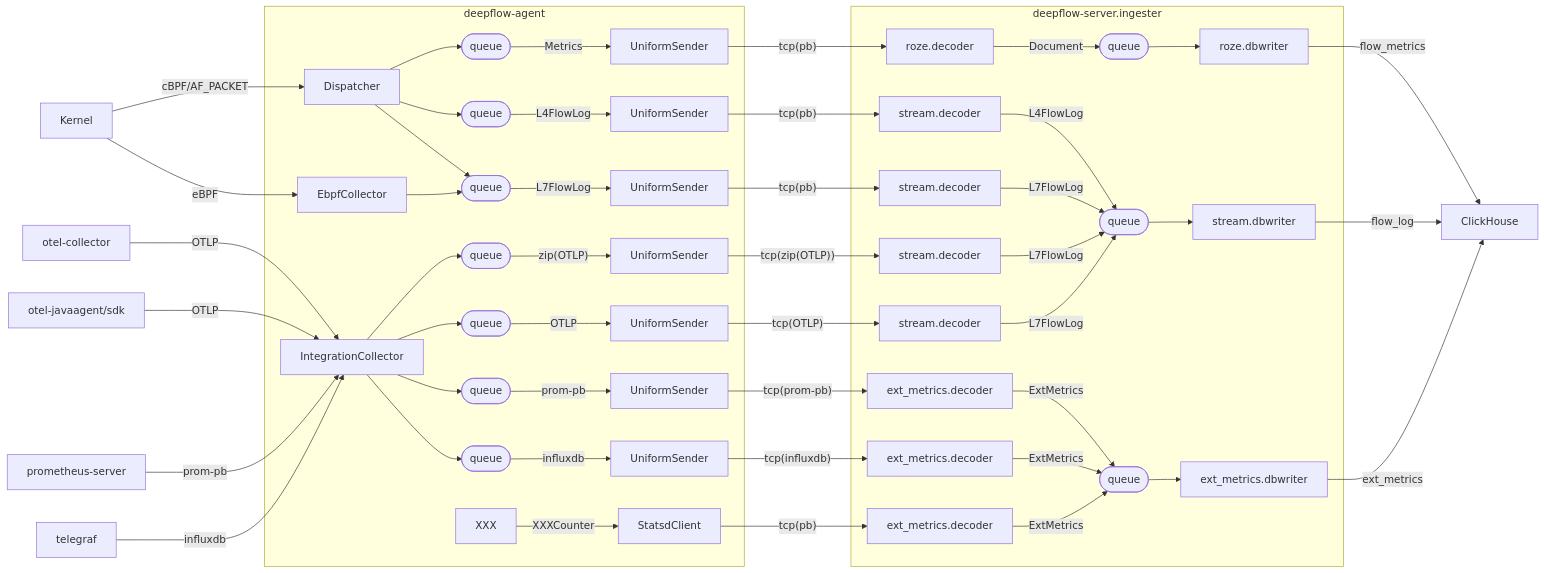
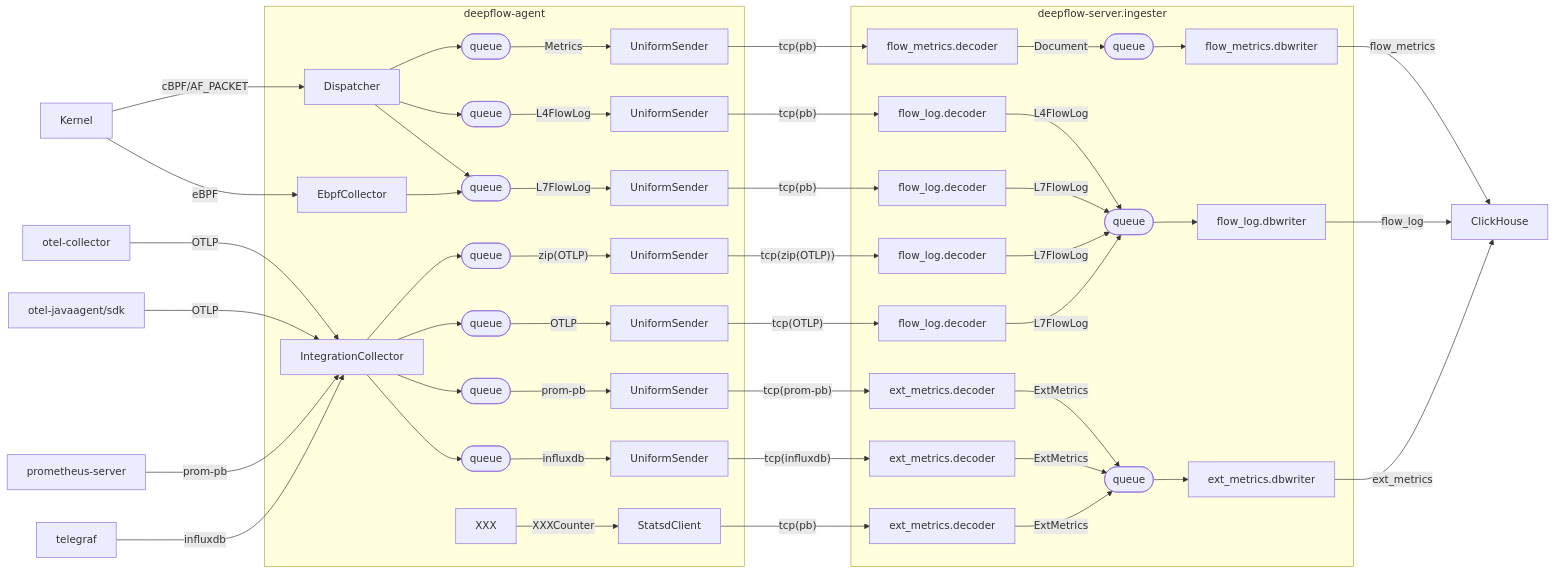
One commit to deepflowio/deepflow changed the first of 6 diagrams in docs/design/data-flow.md. Above: the diagram before and after it, drawn with Mermaid. The commit also changed other lines of this file and 50 other files, not shown here.

Commit message:
[server] roze/stream rename to flow metrics/flow log

````diff
--- a/docs/design/data-flow.md
+++ b/docs/design/data-flow.md
@@ -5,66 +5,66 @@
 ```mermaid
 flowchart LR
 
 subgraph deepflow-agent
   Dispatcher
   EbpfCollector
   IntegrationCollector
   XXX
   StatsdClient
   agent.queue.1(["queue"])
   agent.queue.2(["queue"])
   agent.queue.3(["queue"])
   agent.queue.4(["queue"])
   agent.queue.5(["queue"])
   agent.queue.6(["queue"])
   agent.queue.7(["queue"])
   UniformSender.1["UniformSender"]
   UniformSender.2["UniformSender"]
   UniformSender.3["UniformSender"]
   UniformSender.4["UniformSender"]
   UniformSender.5["UniformSender"]
   UniformSender.6["UniformSender"]
   UniformSender.7["UniformSender"]
 end
 
 subgraph deepflow-server.ingester
-  roze.decoder
-  stream.decoder.1["stream.decoder"]
-  stream.decoder.2["stream.decoder"]
-  stream.decoder.3["stream.decoder"]
-  stream.decoder.4["stream.decoder"]
+  flow_metrics.decoder
+  flow_log.decoder.1["flow_log.decoder"]
+  flow_log.decoder.2["flow_log.decoder"]
+  flow_log.decoder.3["flow_log.decoder"]
+  flow_log.decoder.4["flow_log.decoder"]
   ext_metrics.decoder.1["ext_metrics.decoder"]
   ext_metrics.decoder.2["ext_metrics.decoder"]
   ext_metrics.decoder.3["ext_metrics.decoder"]
   ingester.queue.1(["queue"])
   ingester.queue.2(["queue"])
   ingester.queue.3(["queue"])
-  roze.dbwriter
-  stream.dbwriter
+  flow_metrics.dbwriter
+  flow_log.dbwriter
   ext_metrics.dbwriter
 end
 
 Kernel -->|cBPF/AF_PACKET| Dispatcher
-Dispatcher --> agent.queue.1 -->|Metrics| UniformSender.1 -->|"tcp(pb)"| roze.decoder -->|Document| ingester.queue.1 --> roze.dbwriter
-Dispatcher --> agent.queue.2 -->|L4FlowLog| UniformSender.2 -->|"tcp(pb)"| stream.decoder.1 -->|L4FlowLog| ingester.queue.2 --> stream.dbwriter
-Dispatcher --> agent.queue.3 -->|L7FlowLog| UniformSender.3 -->|"tcp(pb)"| stream.decoder.2 -->|L7FlowLog| ingester.queue.2
+Dispatcher --> agent.queue.1 -->|Metrics| UniformSender.1 -->|"tcp(pb)"| flow_metrics.decoder -->|Document| ingester.queue.1 --> flow_metrics.dbwriter
+Dispatcher --> agent.queue.2 -->|L4FlowLog| UniformSender.2 -->|"tcp(pb)"| flow_log.decoder.1 -->|L4FlowLog| ingester.queue.2 --> flow_log.dbwriter
+Dispatcher --> agent.queue.3 -->|L7FlowLog| UniformSender.3 -->|"tcp(pb)"| flow_log.decoder.2 -->|L7FlowLog| ingester.queue.2
 
 Kernel -->|eBPF| EbpfCollector
 EbpfCollector --> agent.queue.3
 
 otel-collector -->|OTLP| IntegrationCollector
 otel-javaagent/sdk -->|OTLP| IntegrationCollector
-IntegrationCollector --> agent.queue.4 -->|"zip(OTLP)"| UniformSender.4 -->|"tcp(zip(OTLP))"| stream.decoder.3 -->|L7FlowLog| ingester.queue.2
-IntegrationCollector --> agent.queue.5 -->|OTLP| UniformSender.5 -->|"tcp(OTLP)"| stream.decoder.4 -->|L7FlowLog| ingester.queue.2
+IntegrationCollector --> agent.queue.4 -->|"zip(OTLP)"| UniformSender.4 -->|"tcp(zip(OTLP))"| flow_log.decoder.3 -->|L7FlowLog| ingester.queue.2
+IntegrationCollector --> agent.queue.5 -->|OTLP| UniformSender.5 -->|"tcp(OTLP)"| flow_log.decoder.4 -->|L7FlowLog| ingester.queue.2
 
 prometheus-server -->|prom-pb| IntegrationCollector
 telegraf -->|influxdb| IntegrationCollector
 IntegrationCollector --> agent.queue.6 -->|prom-pb| UniformSender.6 -->|"tcp(prom-pb)"| ext_metrics.decoder.1 -->|ExtMetrics| ingester.queue.3 --> ext_metrics.dbwriter
 IntegrationCollector --> agent.queue.7 -->|influxdb| UniformSender.7 -->|"tcp(influxdb)"| ext_metrics.decoder.2 -->|ExtMetrics| ingester.queue.3
 
 XXX -->|XXXCounter| StatsdClient -->|"tcp(pb)"| ext_metrics.decoder.3 -->|ExtMetrics| ingester.queue.3
 
-roze.dbwriter -->|flow_metrics| ClickHouse
-stream.dbwriter -->|flow_log| ClickHouse
+flow_metrics.dbwriter -->|flow_metrics| ClickHouse
+flow_log.dbwriter -->|flow_log| ClickHouse
 ext_metrics.dbwriter -->|ext_metrics| ClickHouse
 ```
````
